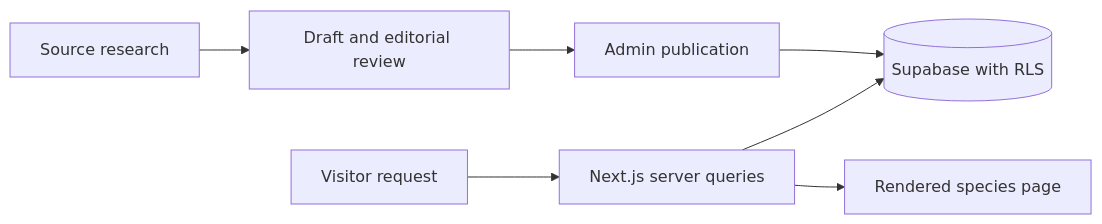
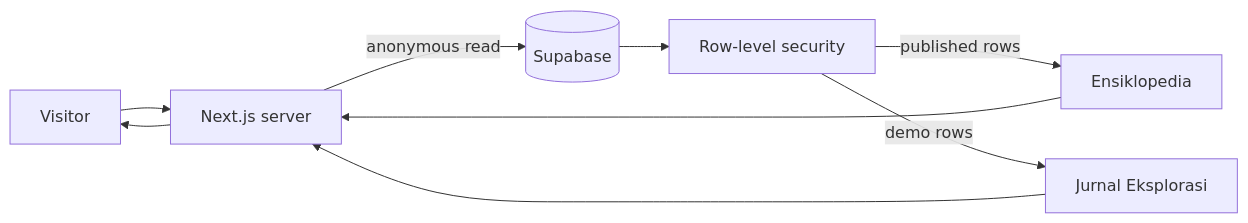
Before and after one commit to Renzie2161/rimba: the diagram in README.md, drawn with Mermaid. The commit also changed other lines of this file and 76 other files, not shown here.

````diff
--- a/README.md
+++ b/README.md
@@ -119,9 +49,11 @@
 ```mermaid
 flowchart LR
-  Research[Source research] --> Review[Draft and editorial review]
-  Review --> Publish[Admin publication]
-  Publish --> DB[(Supabase with RLS)]
-  Browser[Visitor request] --> Server[Next.js server queries]
-  Server --> DB
-  Server --> Page[Rendered species page]
+  Visitor --> Next[Next.js server]
+  Next -->|anonymous read| Supabase[(Supabase)]
+  Supabase --> RLS[Row-level security]
+  RLS -->|published rows| Catalog[Ensiklopedia]
+  RLS -->|demo rows| Journal[Jurnal Eksplorasi]
+  Catalog --> Next
+  Journal --> Next
+  Next --> Visitor
 ```
````
